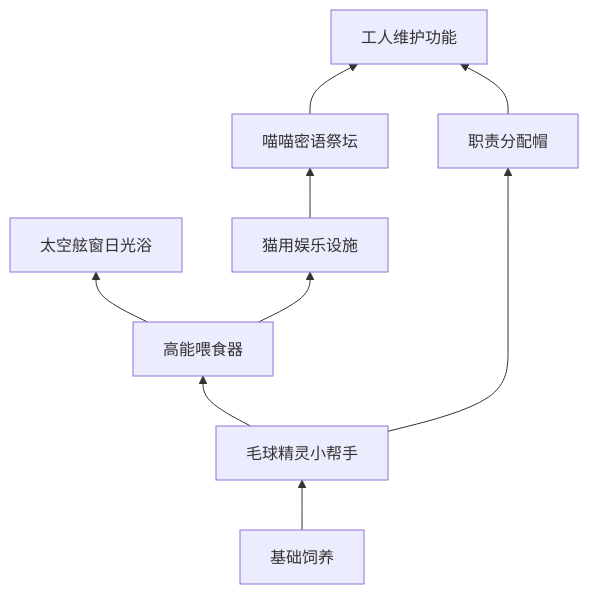
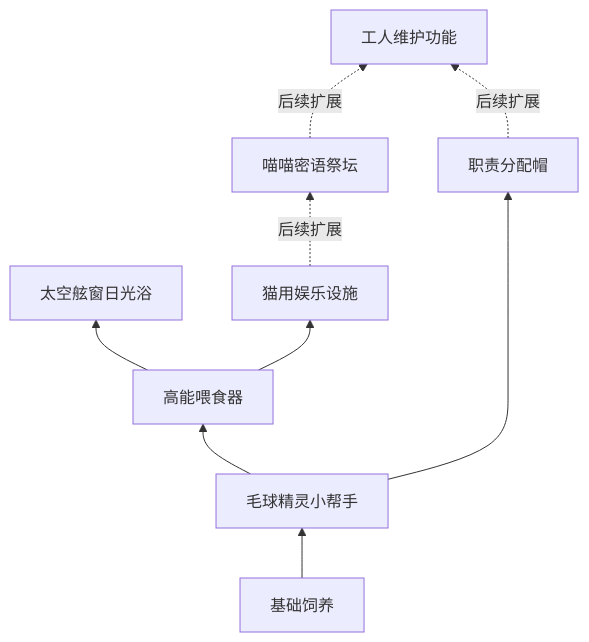
One commit to Dr-Doge/PURR_ORBIT changed the diagram in 摸猫增量策划案/07_升级树与解锁规划.md. Above: the diagram before and after it, drawn with Mermaid. The commit also changed other lines of this file and 66 other files, not shown here.

````diff
--- a/摸猫增量策划案/07_升级树与解锁规划.md
+++ b/摸猫增量策划案/07_升级树与解锁规划.md
@@ -28,11 +28,11 @@
 ```mermaid
 flowchart BT
     N00[基础饲养] --> N10[毛球精灵小帮手]
     N10 --> N20[高能喂食器]
     N10 --> N11[职责分配帽]
     N20 --> N30[太空舷窗日光浴]
     N20 --> N40[猫用娱乐设施]
-    N40 --> N50[喵喵密语祭坛]
-    N11 --> N12[工人维护功能]
-    N50 --> N12
+    N40 -. 后续扩展 .-> N50[喵喵密语祭坛]
+    N11 -. 后续扩展 .-> N12[工人维护功能]
+    N50 -. 后续扩展 .-> N12
 ```
````
